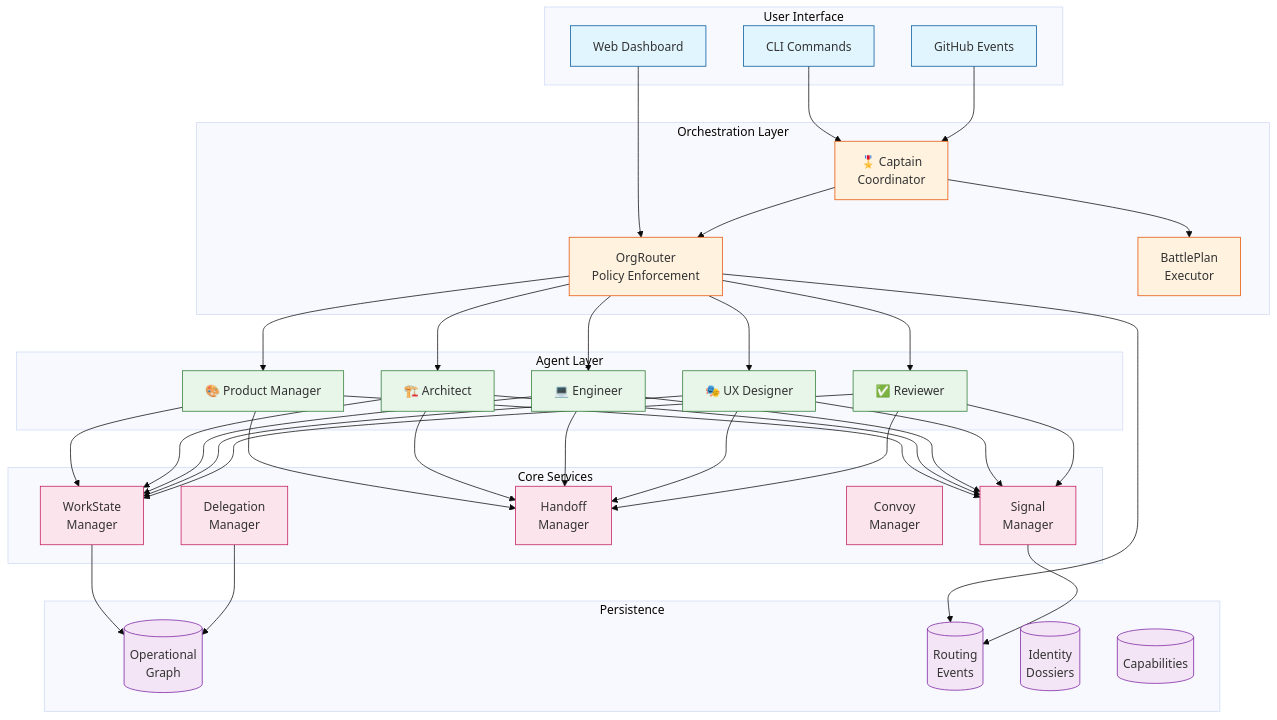
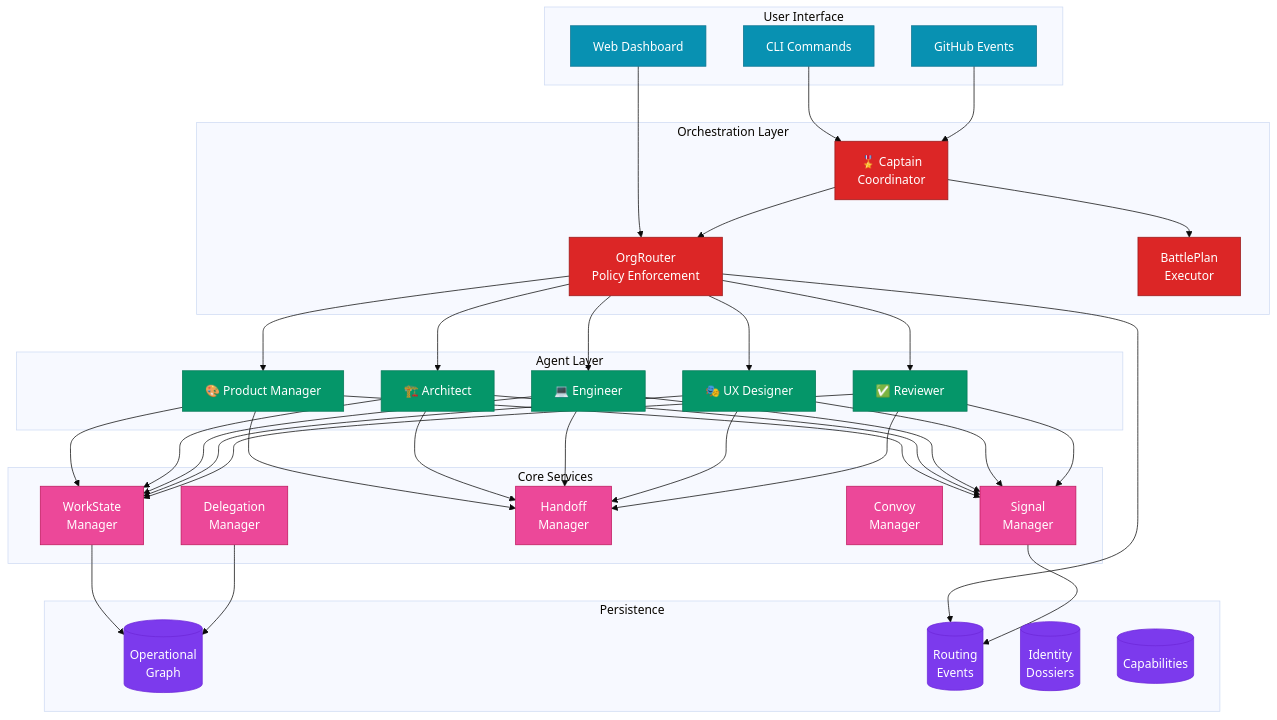
The first of 10 diagrams in docs/architecture/ARCHITECTURE-DIAGRAMS.md (jnPiyush/AI-Squad), drawn with Mermaid (base theme) before and after one commit. The commit also changed other lines of this file and 6 other files, not shown here.

First line of the commit message:
Consolidate docs: fix diagram colors, remove duplicates, reorganize

````diff
--- a/docs/architecture/ARCHITECTURE-DIAGRAMS.md
+++ b/docs/architecture/ARCHITECTURE-DIAGRAMS.md
@@ -19,66 +19,66 @@
 ```mermaid
 graph TB
     subgraph "User Interface"
         CLI[CLI Commands]
         Dashboard[Web Dashboard]
         GH[GitHub Events]
     end
     
     subgraph "Orchestration Layer"
         Captain[🎖️ Captain<br/>Coordinator]
         Router[OrgRouter<br/>Policy Enforcement]
         BPE[BattlePlan<br/>Executor]
     end
     
     subgraph "Agent Layer"
         PM[🎨 Product Manager]
         Arch[🏗️ Architect]
         Eng[💻 Engineer]
         UX[🎭 UX Designer]
         Rev[✅ Reviewer]
     end
     
     subgraph "Core Services"
         WS[WorkState<br/>Manager]
         Signal[Signal<br/>Manager]
         Handoff[Handoff<br/>Manager]
         Convoy[Convoy<br/>Manager]
         Del[Delegation<br/>Manager]
     end
     
     subgraph "Persistence"
         Graph[(Operational<br/>Graph)]
         Events[(Routing<br/>Events)]
         Identity[(Identity<br/>Dossiers)]
         Caps[(Capabilities)]
     end
     
     CLI --> Captain
     Dashboard --> Router
     GH --> Captain
     
     Captain --> Router
     Captain --> BPE
     Router --> PM & Arch & Eng & UX & Rev
     
     PM & Arch & Eng & UX & Rev --> WS
     PM & Arch & Eng & UX & Rev --> Signal
     PM & Arch & Eng & UX & Rev --> Handoff
     
     WS --> Graph
     Router --> Events
     Signal --> Events
     Del --> Graph
     
-    classDef user fill:#e1f5fe,stroke:#01579b
-    classDef orch fill:#fff3e0,stroke:#e65100
-    classDef agent fill:#e8f5e9,stroke:#2e7d32
-    classDef core fill:#fce4ec,stroke:#c2185b
-    classDef persist fill:#f3e5f5,stroke:#7b1fa2
+    classDef user fill:#0891b2,stroke:#0e7490,color:#fff
+    classDef orch fill:#dc2626,stroke:#991b1b,color:#fff
+    classDef agent fill:#059669,stroke:#047857,color:#fff
+    classDef core fill:#ec4899,stroke:#be185d,color:#fff
+    classDef persist fill:#7c3aed,stroke:#6d28d9,color:#fff
     
     class CLI,Dashboard,GH user
     class Captain,Router,BPE orch
     class PM,Arch,Eng,UX,Rev agent
     class WS,Signal,Handoff,Convoy,Del core
     class Graph,Events,Identity,Caps persist
 ```
````
